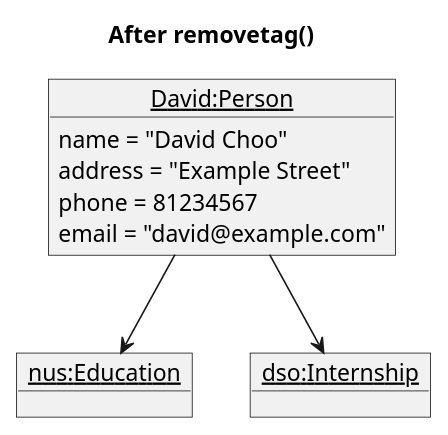
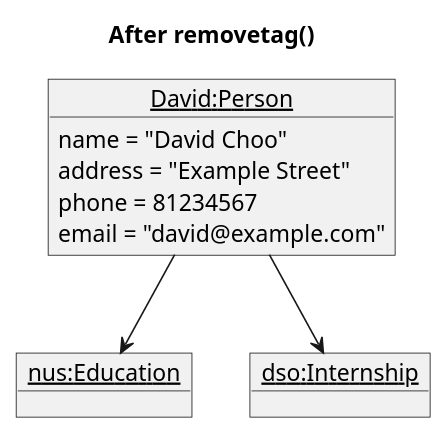
One commit to nus-cs2103-AY2122S2/tp changed the diagram in docs/diagrams/RemoveTagState1.puml. Above: the diagram before and after it, drawn with PlantUML. The commit also changed 2 other files, not shown here.

Commit message:
Update RemoveTagState1 diagram and PPP

```diff
--- a/docs/diagrams/RemoveTagState1.puml
+++ b/docs/diagrams/RemoveTagState1.puml
@@ -1,23 +1,28 @@
 @startuml
 
 skinparam ClassFontColor #000000
 skinparam ClassBorderColor #000000
 
 title After removetag()
 
 object "__David:Person__" as Person {
     name = "David Choo"
     address = "Example Street"
     phone = 81234567
     email = "david@example.com"
 }
 
+object "__cs2100:Module__" as cs2100Tag
 object "__nus:Education__" as nusTag
 object "__dso:Internship__" as dsoTag
+object "__cs2107:Module__" as cs2107Tag
 
 Person -down-> nusTag
 Person -down-> dsoTag
+Person -down-> cs2100Tag
+Person -down-> cs2107Tag
 
-nusTag -[hidden]right- dsoTag
+hide cs2100Tag
+hide cs2107Tag
 
 @enduml
```
